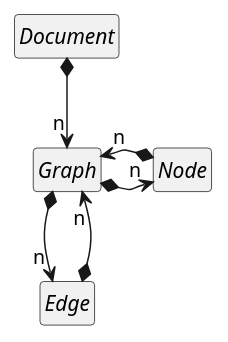
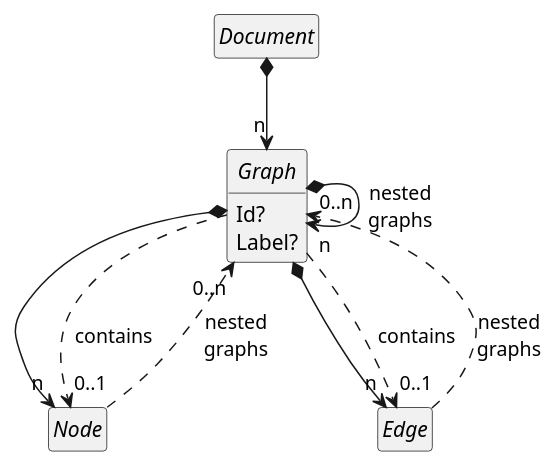
Before and after one commit to Calpano/connected-json: the third of 3 diagrams in modules/ROOT/pages/spec.adoc, drawn with PlantUML. The commit also changed other lines of this file and 7 other files, not shown here.

```diff
--- a/modules/ROOT/pages/spec.adoc
+++ b/modules/ROOT/pages/spec.adoc
@@ -623,15 +528,24 @@
 [plantuml]
 ....
 hide empty members
 hide circle
 
 interface Document
-interface Graph
-interface Node
-interface Edge
+interface Graph {
+    Id?
+    Label?
+}
+interface Node {
+}
+interface Edge {
+}
+
 Document *--> "n" Graph
-Graph *-> "n" Node
+Graph *--> "n" Graph : nested\ngraphs
+Graph *--> "n" Node
 Graph *--> "n" Edge
-Node *--> "n" Graph
-Edge *--> "n" Graph
+Graph ..> "0..1" Node :  contains
+Graph ..> "0..1" Edge : contains
+Node ..> "0..n" Graph : nested\ngraphs
+Edge ..> "0..n" Graph : nested\ngraphs
 ....
```
